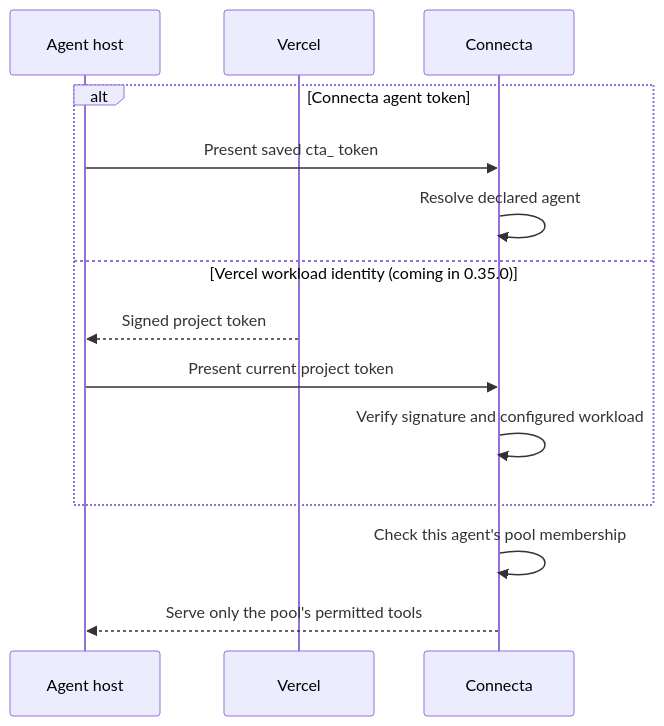
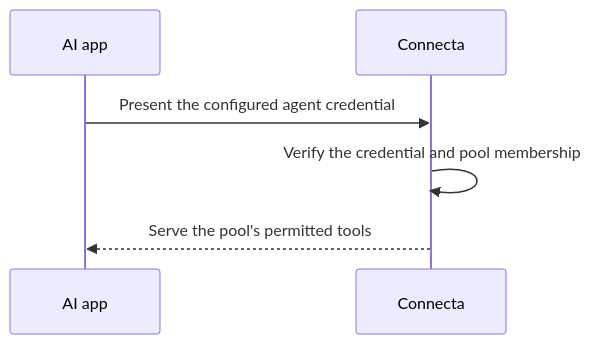
One commit to zackbart/connecta changed the second of 3 diagrams in guides/connecting-agents.md. Above: the diagram before and after it, drawn with Mermaid. The commit also changed other lines of this file and 9 other files, not shown here.

````diff
--- a/guides/connecting-agents.md
+++ b/guides/connecting-agents.md
@@ -54,16 +60,8 @@
 ```mermaid
 sequenceDiagram
-    participant H as Agent host
-    participant V as Vercel
+    participant H as AI app
     participant C as Connecta
-    alt Connecta agent token
-        H->>C: Present saved cta_ token
-        C->>C: Resolve declared agent
-    else Vercel workload identity (coming in 0.35.0)
-        V-->>H: Signed project token
-        H->>C: Present current project token
-        C->>C: Verify signature and configured workload
-    end
-    C->>C: Check this agent's pool membership
-    C-->>H: Serve only the pool's permitted tools
+    H->>C: Present the configured agent credential
+    C->>C: Verify the credential and pool membership
+    C-->>H: Serve the pool's permitted tools
 ```
````
